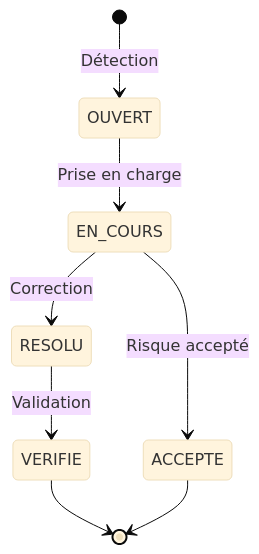
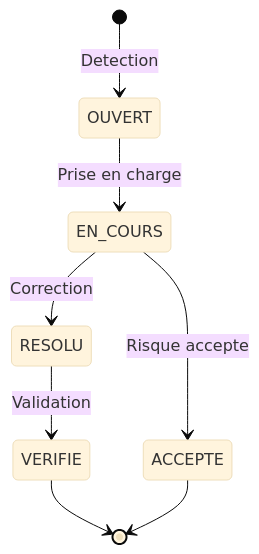
Before and after one commit to Scttpr/OpenSecKit: the second of 2 diagrams in docs/concepts/workflow.md, drawn with Mermaid (base theme). The commit also changed other lines of this file and 7 other files, not shown here.

Commit message:
fix(docs): fix mermaid diagrams and emoji extension

````diff
--- a/docs/concepts/workflow.md
+++ b/docs/concepts/workflow.md
@@ -193,10 +193,10 @@
 ```mermaid
 stateDiagram-v2
-    [*] --> OUVERT: Détection
+    [*] --> OUVERT: Detection
     OUVERT --> EN_COURS: Prise en charge
     EN_COURS --> RESOLU: Correction
     RESOLU --> VERIFIE: Validation
-    EN_COURS --> ACCEPTE: Risque accepté
+    EN_COURS --> ACCEPTE: Risque accepte
     VERIFIE --> [*]
     ACCEPTE --> [*]
 ```
````
